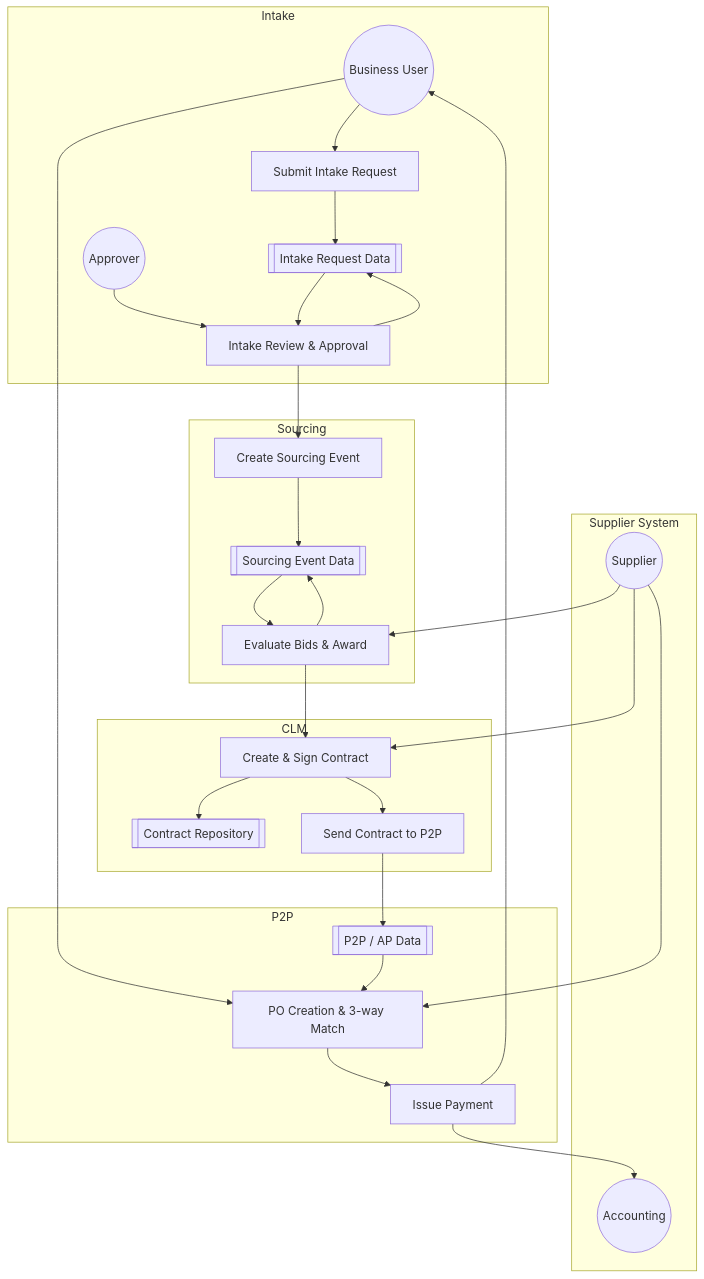
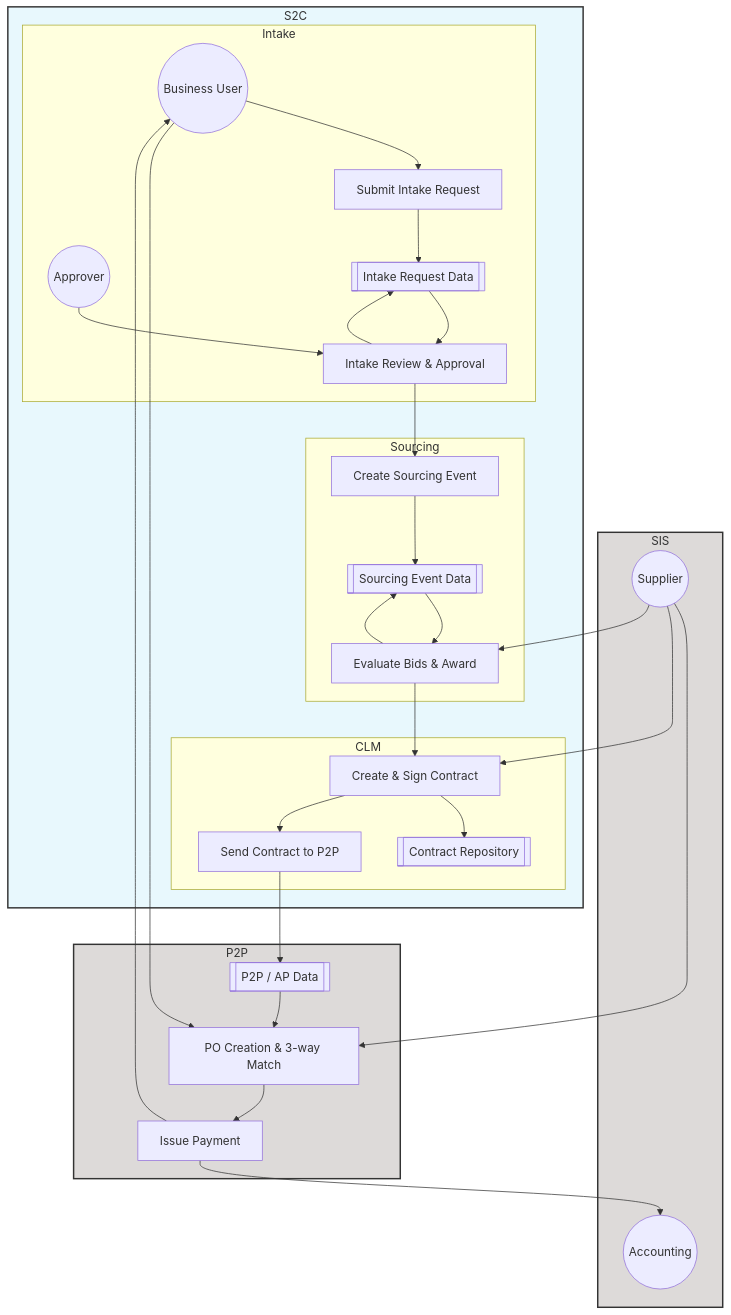
Before and after one commit to houssamkhalifeh/practice: the diagram in S2C.md, drawn with Mermaid.

````diff
--- a/S2C.md
+++ b/S2C.md
@@ -1,72 +1,78 @@
 ```mermaid
 flowchart TD
-
-    %% Style nodes
-    style P2P fill:#f9f,stroke:#333,stroke-width:2px
 
     %% External Entities
     User((Business User))
     Supplier((Supplier))
     SupplierAccount((Accounting))
     Approver((Approver))
 
     %% Data Stores
     DS_Intake[[Intake Request Data]]
     DS_Sourcing[[Sourcing Event Data]]
     DS_Contract[[Contract Repository]]
     DS_P2P[[P2P / AP Data]]
 
     %% Processes
     P1[Submit Intake Request]
     P2[Intake Review & Approval]
     P3[Create Sourcing Event]
     P4[Evaluate Bids & Award]
     P5[Create & Sign Contract]
     P6[Send Contract to P2P]
     P7[PO Creation & 3-way Match]
     P8[Issue Payment]
 
-    subgraph Supplier System
+    subgraph SIS
         Supplier
         SupplierAccount
     end
 
     subgraph P2P
         P7
         DS_P2P
         P8
     end
 
+    subgraph S2C
+        Intake
+        Sourcing
+        CLM
+    end
+    
+    %% Style nodes
+    style SIS fill:#DDDAD9,stroke:#333,stroke-width:2px
+    style P2P fill:#DDDAD9,stroke:#333,stroke-width:2px
+    style S2C fill:#E8F8FD,stroke:#333,stroke-width:2px
+
 
     %% Flows
     subgraph Intake
+        Approver --> P2 --> DS_Intake
         User --> P1 --> DS_Intake
-        Approver --> P2 --> DS_Intake
         DS_Intake --> P2
     end
 
     subgraph Sourcing
         P2 --> P3 --> DS_Sourcing
         DS_Sourcing --> P4 --> DS_Sourcing
     end
 
     subgraph CLM
         P4 --> P5 --> DS_Contract
         P5 --> P6 --> DS_P2P
     end
 
 
-        Supplier --> P7
-        Supplier --> P5
-        Supplier --> P4
+    Supplier --> P7
+    Supplier --> P5
+    Supplier --> P4
 
 
-    subgraph P2P
-        User --> P7
-        DS_P2P --> P7 --> P8
-        P8 --> User
-        P8 --> SupplierAccount
-    end
+    DS_P2P --> P7 --> P8
+    P8 --> SupplierAccount
+    User --> P7
+    P8 --> User
 
 
 ```
````
